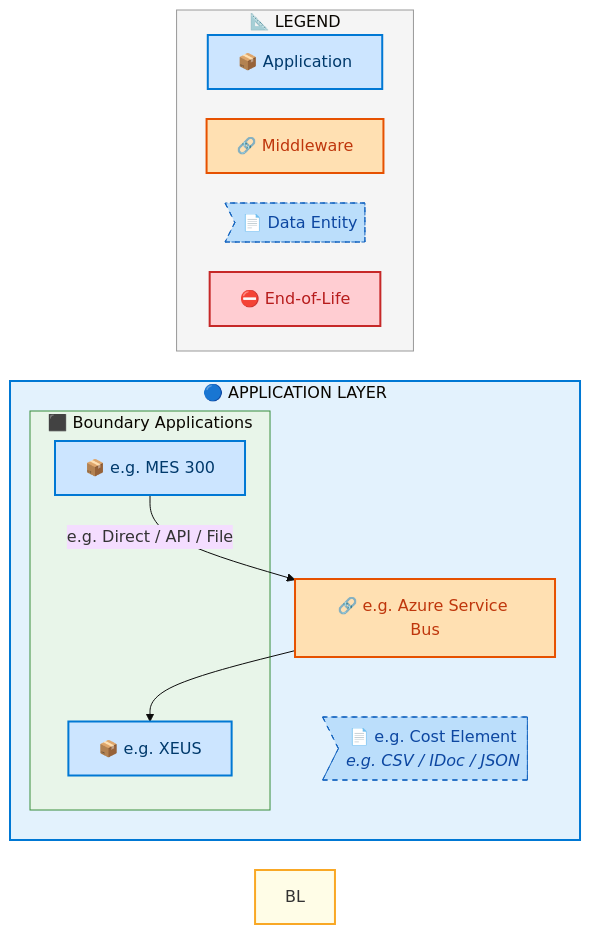
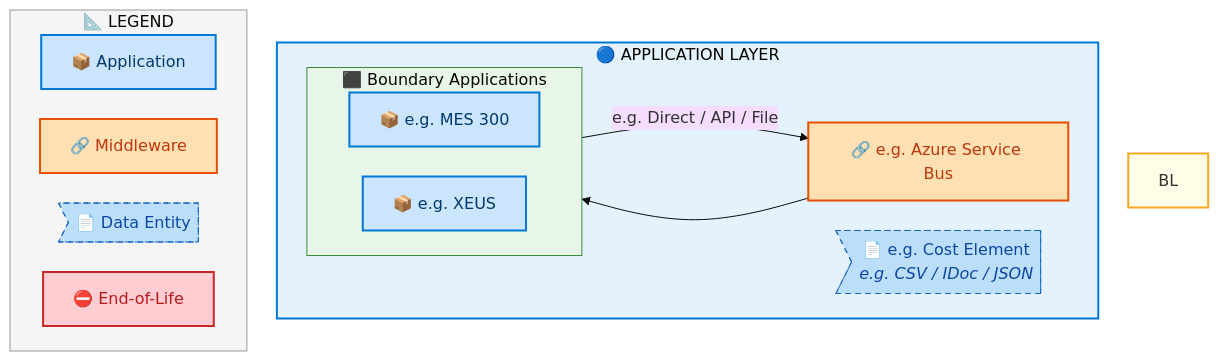
The fourth of 7 diagrams in towers/E2E/Procure to Pay/E2E-59/output/docs/systems-architecture/E2E-59-Architecture.md (sajivfrancis777/IAO-Architecture), drawn with Mermaid before and after one commit. The commit also changed other lines of this file and 106 other files, not shown here.

````diff
--- a/towers/E2E/Procure to Pay/E2E-59/output/docs/systems-architecture/E2E-59-Architecture.md
+++ b/towers/E2E/Procure to Pay/E2E-59/output/docs/systems-architecture/E2E-59-Architecture.md
@@ -388,40 +388,41 @@
 ```mermaid
 %%{init: {"theme": "base", "securityLevel": "loose", "themeVariables": {"fontSize": "16px", "fontFamily": "Segoe UI, Arial, sans-serif"}, "flowchart": {"useMaxWidth": false, "htmlLabels": true, "nodeSpacing": 30, "rankSpacing": 35}} }%%
-flowchart LR
+flowchart TB
     %% -- ArchiMate 3.2 + Azure style classes --
     classDef business      fill:#FFFFB3,stroke:#F9A825,stroke-width:2px,color:#000
     classDef app           fill:#CCE5FF,stroke:#0078D4,stroke-width:2px,color:#003A6C
     classDef data          fill:#BBDEFB,stroke:#1565C0,stroke-width:1px,color:#0D47A1,stroke-dasharray: 5 5
     classDef middleware    fill:#FFE0B2,stroke:#E65100,stroke-width:2px,color:#BF360C
     classDef eol           fill:#FFCDD2,stroke:#C62828,stroke-width:2px,color:#B71C1C
     classDef saas          fill:#E1BEE7,stroke:#7B1FA2,stroke-width:2px,color:#4A148C
     classDef cloud         fill:#BBDEFB,stroke:#1565C0,stroke-width:2px,color:#0D47A1
     classDef onprem        fill:#C8E6C9,stroke:#2E7D32,stroke-width:2px,color:#1B5E20
 
     subgraph AL["🔵 APPLICATION LAYER"]
         subgraph E2E59CLN_Boundary_Applications[" ⬛ Boundary Applications"]
+            direction LR
             E2E59C_e_g_MES_300["📦 e.g. MES 300"]:::app
             E2E59C_e_g_XEUS["📦 e.g. XEUS"]:::app
         end
         E2E59CMW_e_g_Azure_Service_Bus["🔗 e.g. Azure Service Bus"]:::middleware
         E2E59CDE_e_g_Cost_Element>"📄 e.g. Cost Element<br/><i>e.g. CSV / IDoc / JSON</i>"]:::data
     end
 
     E2E59C_e_g_MES_300 -->|"e.g. Direct / API / File"| E2E59CMW_e_g_Azure_Service_Bus
     E2E59CMW_e_g_Azure_Service_Bus --> E2E59C_e_g_XEUS
 
 
     style BL fill:#FFFDE7,stroke:#F9A825,stroke-width:2px
     style AL fill:#E3F2FD,stroke:#0078D4,stroke-width:2px
 
     style E2E59CLN_Boundary_Applications fill:#E8F5E9,stroke:#388E3C,stroke-width:1px
 
     subgraph Legend["📐 LEGEND"]
         direction LR
         L_APP["📦 Application"]:::app
         L_MW["🔗 Middleware"]:::middleware
         L_DE>"📄 Data Entity"]:::data
         L_EOL["⛔ End-of-Life"]:::eol
     end
     style Legend fill:#F5F5F5,stroke:#999,stroke-width:1px
 ```
````
